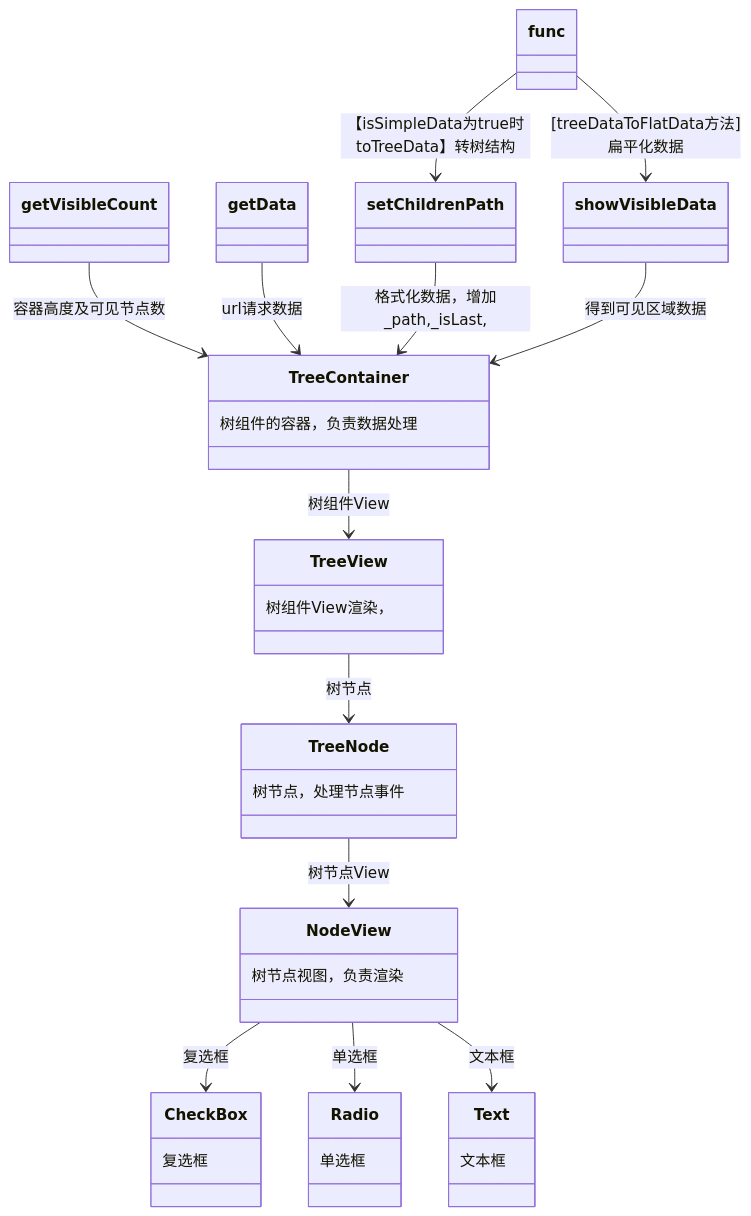
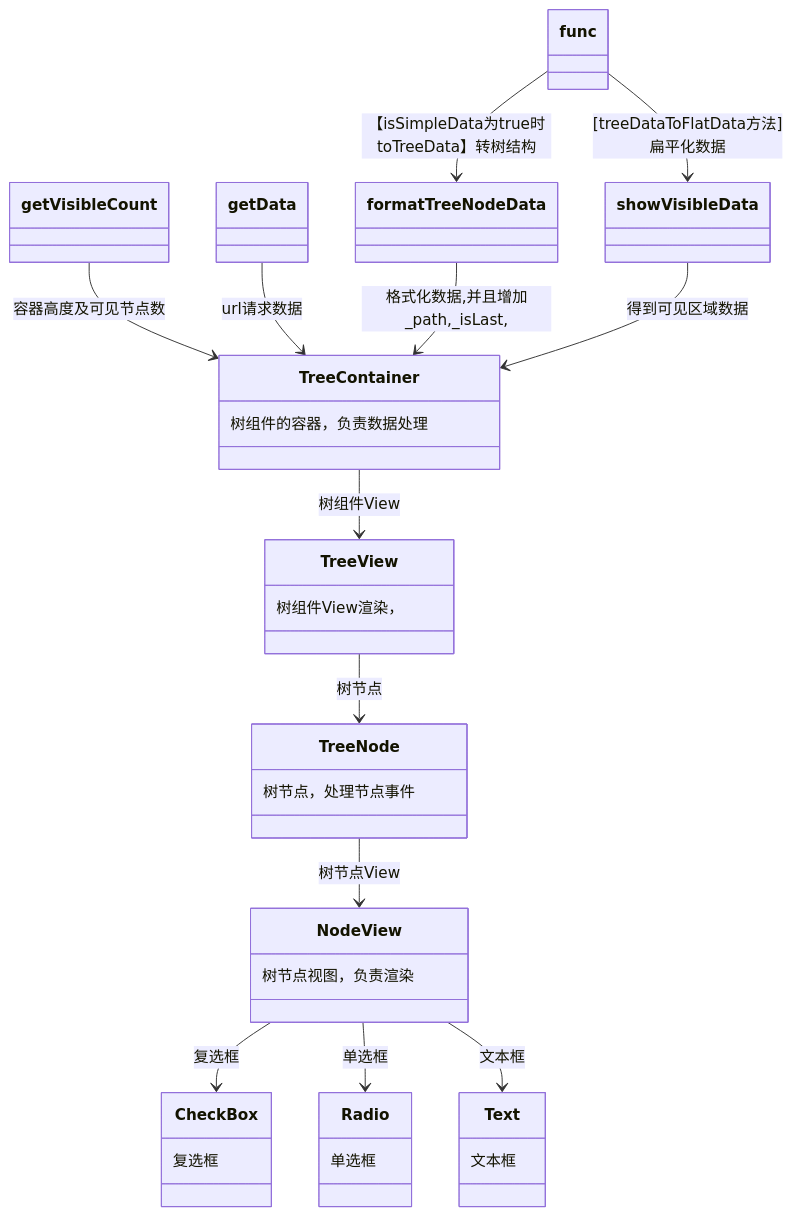
One commit to wangzhiyonglyk/wasabi-tree changed the first of 4 diagrams in README.md. Above: the diagram before and after it, drawn with Mermaid. The commit also changed other lines of this file and 22 other files, not shown here.

````diff
--- a/README.md
+++ b/README.md
@@ -81,40 +209,40 @@
 ```Mermaid
 classDiagram
     class TreeContainer{
     树组件的容器，负责数据处理
     }
     class TreeView{
         树组件View渲染，
     }
 
     class TreeNode{
         树节点，处理节点事件
     }
     class NodeView{
         树节点视图，负责渲染
     }
     class CheckBox{
         复选框
     }
     class Radio{
         单选框
     }
      class Text{
         文本框
     }
 
 
     TreeContainer-->TreeView:树组件View
     TreeView-->TreeNode:树节点
     TreeNode-->NodeView:树节点View
     NodeView-->CheckBox:复选框
       NodeView-->Radio:单选框
       NodeView-->Text:文本框
     getVisibleCount-->TreeContainer:容器高度及可见节点数
     getData-->TreeContainer:url请求数据
-    setChildrenPath-->TreeContainer:格式化数据，增加_path,_isLast,
+    formatTreeNodeData-->TreeContainer:格式化数据,并且增加_path,_isLast,
     showVisibleData-->TreeContainer:得到可见区域数据
-    func-->setChildrenPath:【isSimpleData为true时toTreeData】转树结构
+    func-->formatTreeNodeData:【isSimpleData为true时toTreeData】转树结构
     func-->showVisibleData:[treeDataToFlatData方法]扁平化数据
 
 ```
````
